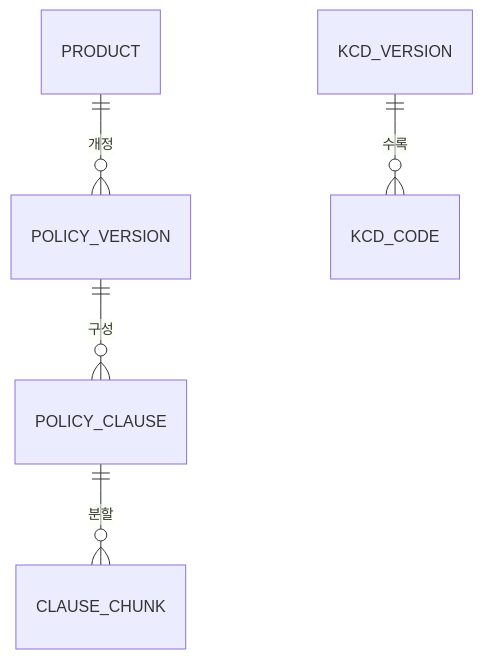
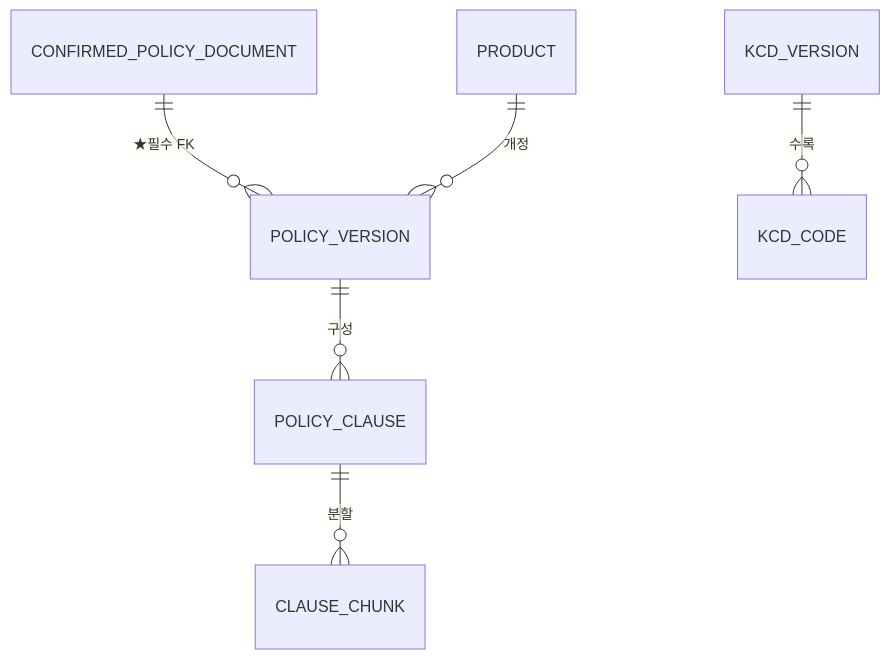
Before and after one commit to roroblack/llm_workspace: the first of 2 diagrams in _unified_mall_3/docs/plans/2026-08-02_0700_ERD_현행_v4_통합.md, drawn with Mermaid. The commit also changed other lines of this file and 9078 other files, not shown here.

````diff
--- a/_unified_mall_3/docs/plans/2026-08-02_0700_ERD_현행_v4_통합.md
+++ b/_unified_mall_3/docs/plans/2026-08-02_0700_ERD_현행_v4_통합.md
@@ -107,7 +110,8 @@
 ```mermaid
 erDiagram
+  CONFIRMED_POLICY_DOCUMENT ||--o{ POLICY_VERSION : "★필수 FK"
   PRODUCT        ||--o{ POLICY_VERSION : "개정"
   POLICY_VERSION ||--o{ POLICY_CLAUSE : "구성"
   POLICY_CLAUSE  ||--o{ CLAUSE_CHUNK : "분할"
   KCD_VERSION    ||--o{ KCD_CODE : "수록"
 ```
````
